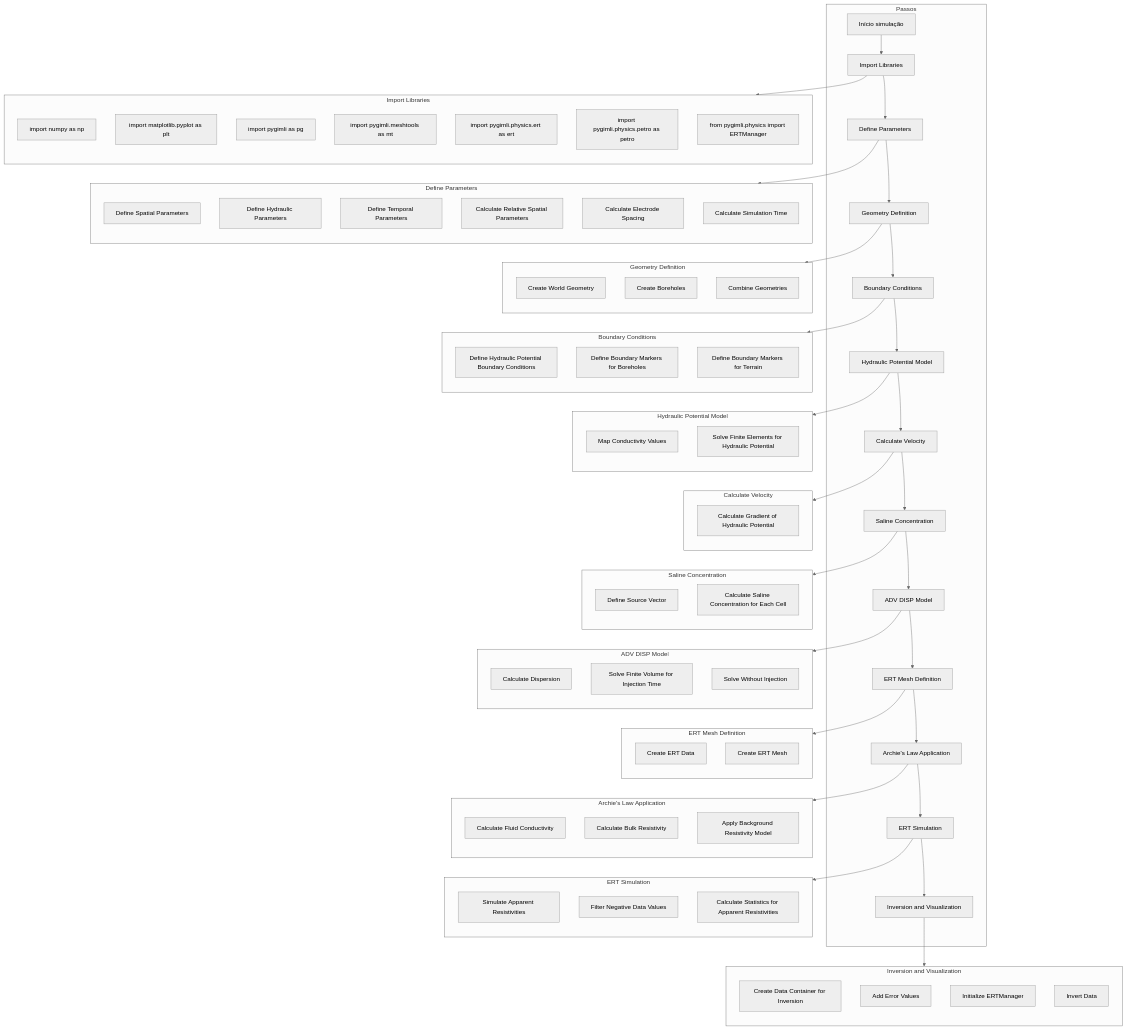
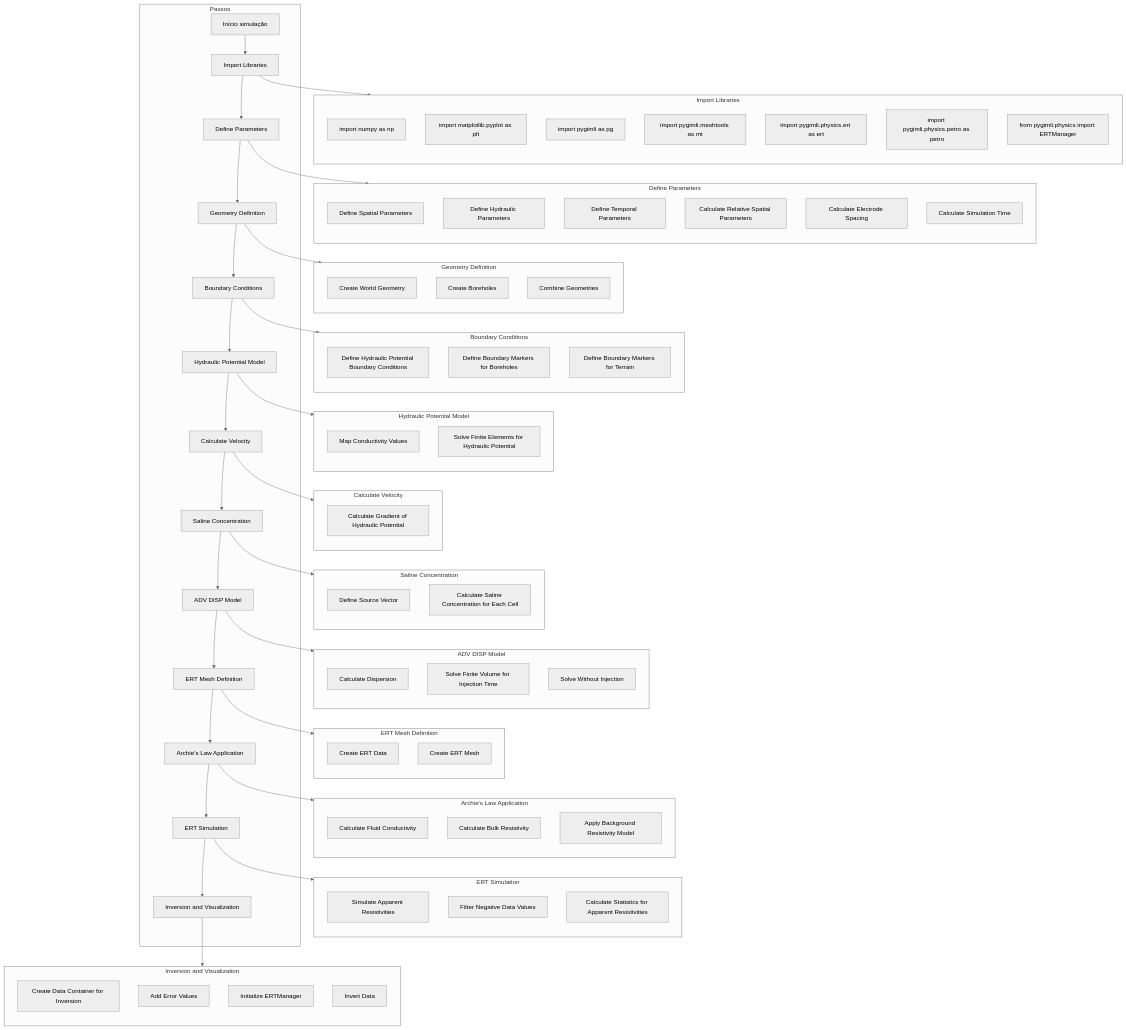
One commit to guiguilhermegui/TF changed the diagram in Simu/mermaid complete.md. Above: the diagram before and after it, drawn with Mermaid (neutral theme). The commit also changed 2 other files, not shown here.

Commit message:
agora vai demorar

````diff
--- a/Simu/mermaid complete.md
+++ b/Simu/mermaid complete.md
@@ -1,34 +1,6 @@
 ```mermaid
 %%{init: { "sequence": { "mirrorActors":True }}}%%
-flowchart TB
-    subgraph Passos
-        A[Início simulação] --> B[Import Libraries]
-        B --> C[Define Parameters]
-        C --> D[Geometry Definition]
-        D --> E[Boundary Conditions]
-        E --> F[Hydraulic Potential Model]
-        F --> G[Calculate Velocity]
-        G --> H[Saline Concentration]
-        H --> I[ADV DISP Model]
-        I --> J[ERT Mesh Definition]
-        J --> K[Archie's Law Application]
-        K --> L[ERT Simulation]
-        L --> M[Inversion and Visualization]
-    end
-
-    click B call linkCallback("c:/Users/guilh/Desktop/gimli/TF/TF/Simu/3camadas_cell.ipynb#L12")
-    click C call linkCallback("c:/Users/guilh/Desktop/gimli/TF/TF/Simu/3camadas_cell.ipynb#L22")
-    click D call linkCallback("c:/Users/guilh/Desktop/gimli/TF/TF/Simu/3camadas_cell.ipynb#L82")
-    click E call linkCallback("c:/Users/guilh/Desktop/gimli/TF/TF/Simu/3camadas_cell.ipynb#L122")
-    click F call linkCallback("c:/Users/guilh/Desktop/gimli/TF/TF/Simu/3camadas_cell.ipynb#L162")
-    click G call linkCallback("c:/Users/guilh/Desktop/gimli/TF/TF/Simu/3camadas_cell.ipynb#L202")
-    click H call linkCallback("c:/Users/guilh/Desktop/gimli/TF/TF/Simu/3camadas_cell.ipynb#L242")
-    click I call linkCallback("c:/Users/guilh/Desktop/gimli/TF/TF/Simu/3camadas_cell.ipynb#L282")
-    click J call linkCallback("c:/Users/guilh/Desktop/gimli/TF/TF/Simu/3camadas_cell.ipynb#L322")
-    click K call linkCallback("c:/Users/guilh/Desktop/gimli/TF/TF/Simu/3camadas_cell.ipynb#L362")
-    click L call linkCallback("c:/Users/guilh/Desktop/gimli/TF/TF/Simu/3camadas_cell.ipynb#L402")
-    click M call linkCallback("c:/Users/guilh/Desktop/gimli/TF/TF/Simu/3camadas_cell.ipynb#L442")
-
+graph TB
     subgraph B1[Import Libraries]
         direction TB
             B1_1[import numpy as np]
@@ -127,4 +99,31 @@
             M1_4[Invert Data]
     end
     M --> M1 
+    subgraph Passos
+        A[Início simulação] --> B[Import Libraries]
+        B --> C[Define Parameters]
+        C --> D[Geometry Definition]
+        D --> E[Boundary Conditions]
+        E --> F[Hydraulic Potential Model]
+        F --> G[Calculate Velocity]
+        G --> H[Saline Concentration]
+        H --> I[ADV DISP Model]
+        I --> J[ERT Mesh Definition]
+        J --> K[Archie's Law Application]
+        K --> L[ERT Simulation]
+        L --> M[Inversion and Visualization]
+    end
+
+    click B call linkCallback("c:/Users/guilh/Desktop/gimli/TF/TF/Simu/3camadas_cell.ipynb#L12")
+    click C call linkCallback("c:/Users/guilh/Desktop/gimli/TF/TF/Simu/3camadas_cell.ipynb#L22")
+    click D call linkCallback("c:/Users/guilh/Desktop/gimli/TF/TF/Simu/3camadas_cell.ipynb#L82")
+    click E call linkCallback("c:/Users/guilh/Desktop/gimli/TF/TF/Simu/3camadas_cell.ipynb#L122")
+    click F call linkCallback("c:/Users/guilh/Desktop/gimli/TF/TF/Simu/3camadas_cell.ipynb#L162")
+    click G call linkCallback("c:/Users/guilh/Desktop/gimli/TF/TF/Simu/3camadas_cell.ipynb#L202")
+    click H call linkCallback("c:/Users/guilh/Desktop/gimli/TF/TF/Simu/3camadas_cell.ipynb#L242")
+    click I call linkCallback("c:/Users/guilh/Desktop/gimli/TF/TF/Simu/3camadas_cell.ipynb#L282")
+    click J call linkCallback("c:/Users/guilh/Desktop/gimli/TF/TF/Simu/3camadas_cell.ipynb#L322")
+    click K call linkCallback("c:/Users/guilh/Desktop/gimli/TF/TF/Simu/3camadas_cell.ipynb#L362")
+    click L call linkCallback("c:/Users/guilh/Desktop/gimli/TF/TF/Simu/3camadas_cell.ipynb#L402")
+    click M call linkCallback("c:/Users/guilh/Desktop/gimli/TF/TF/Simu/3camadas_cell.ipynb#L442")
 ```
````
